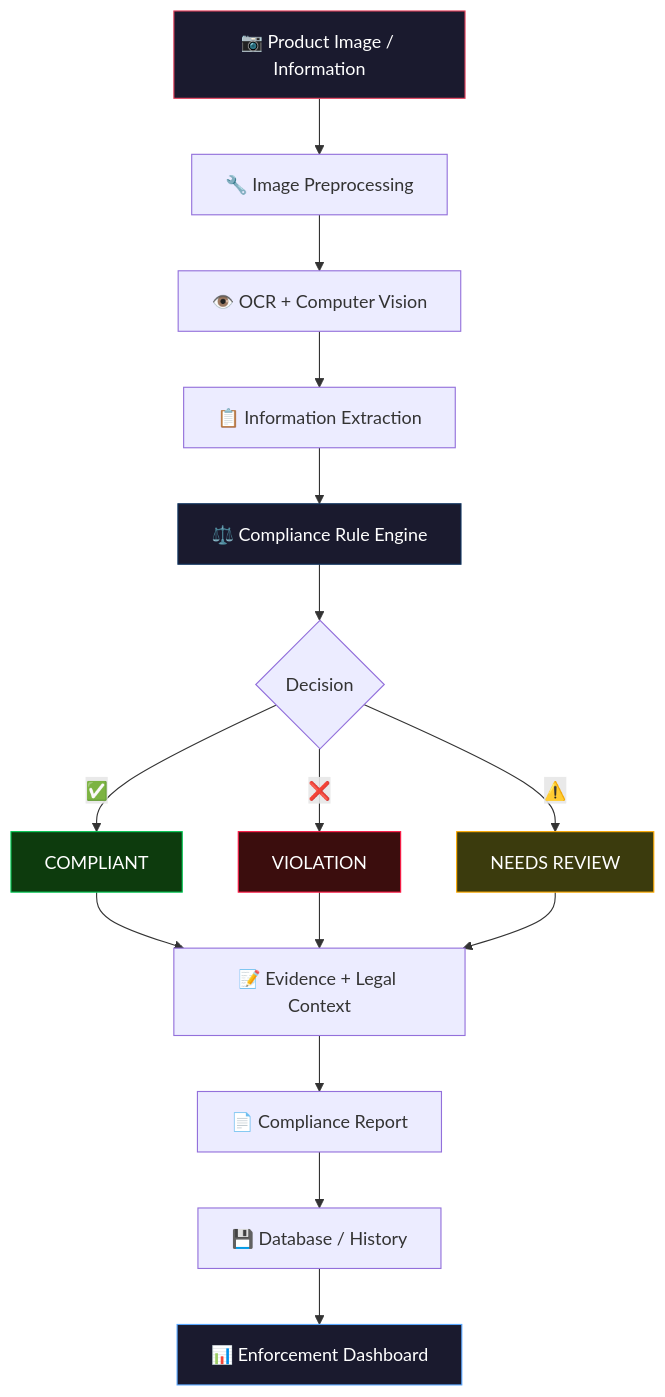
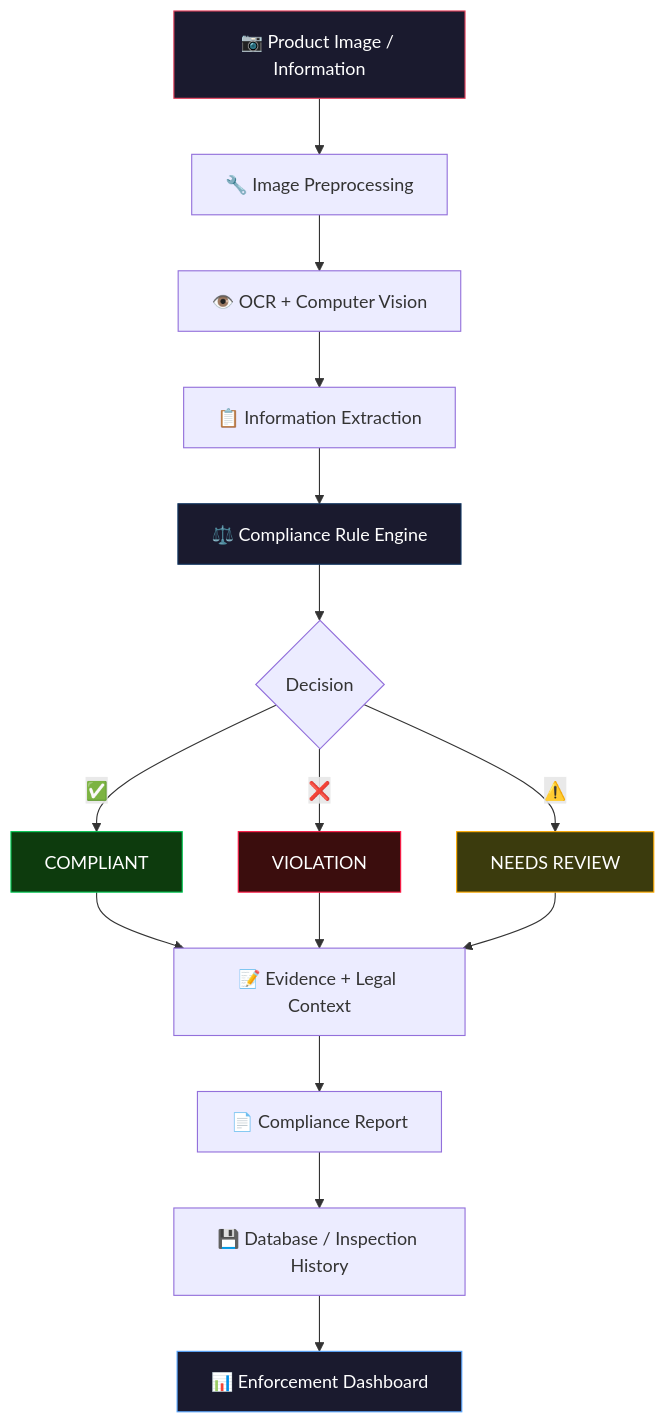
One commit to dhruvpatel16120/Validra changed the second of 13 diagrams in README.md. Above: the diagram before and after it, drawn with Mermaid. The commit also changed other lines of this file, not shown here.

````diff
--- a/README.md
+++ b/README.md
@@ -46,24 +104,24 @@
 ```mermaid
 flowchart TD
     A["📷 Product Image / Information"] --> B["🔧 Image Preprocessing"]
     B --> C["👁️ OCR + Computer Vision"]
     C --> D["📋 Information Extraction"]
     D --> E["⚖️ Compliance Rule Engine"]
     E --> F{"Decision"}
     F -->|"✅"| G["COMPLIANT"]
     F -->|"❌"| H["VIOLATION"]
     F -->|"⚠️"| I["NEEDS REVIEW"]
     G --> J["📝 Evidence + Legal Context"]
     H --> J
     I --> J
     J --> K["📄 Compliance Report"]
-    K --> L["💾 Database / History"]
+    K --> L["💾 Database / Inspection History"]
     L --> M["📊 Enforcement Dashboard"]
 
     style A fill:#1a1a2e,stroke:#e94560,color:#fff
     style E fill:#1a1a2e,stroke:#0f3460,color:#fff
     style G fill:#0d3b0d,stroke:#00c853,color:#fff
     style H fill:#3b0d0d,stroke:#ff1744,color:#fff
     style I fill:#3b3b0d,stroke:#ffab00,color:#fff
     style M fill:#1a1a2e,stroke:#58a6ff,color:#fff
 ```
````
